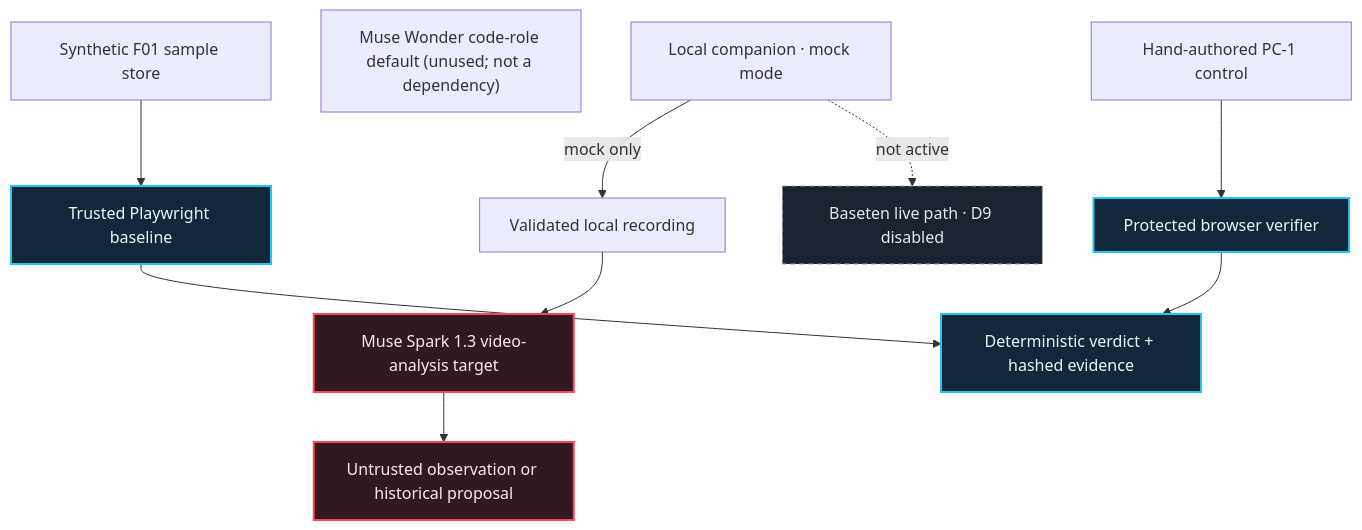
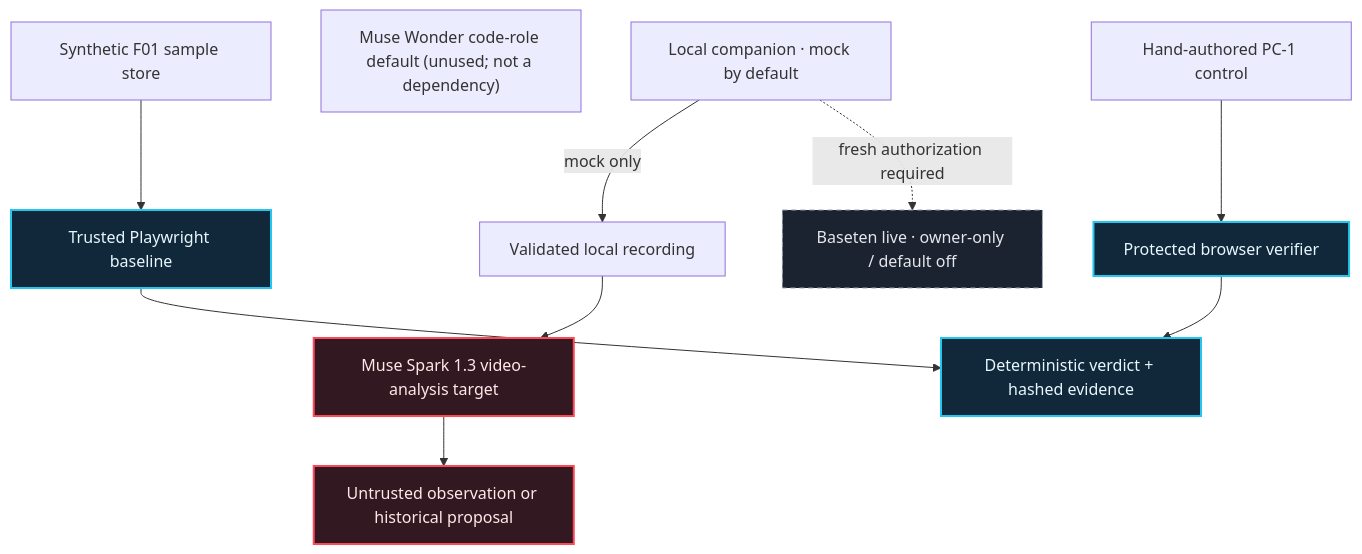
The diagram in README.md (mrdzyn/proofpilot-ai), drawn with Mermaid before and after one commit. The commit also changed other lines of this file, not shown here.

Commit message:
docs: correct Baseten evidence and add honest demo instructions

````diff
--- a/README.md
+++ b/README.md
@@ -73,27 +73,27 @@
 ```mermaid
 flowchart TB
     F["Synthetic F01 sample store"]
     O["Trusted Playwright baseline"]
     V["Validated local recording"]
     S["Muse Spark 1.3 video-analysis target"]
     H["Untrusted observation or historical proposal"]
     W["Muse Wonder code-role default (unused; not a dependency)"]
     C["Hand-authored PC-1 control"]
     R["Protected browser verifier"]
     E["Deterministic verdict + hashed evidence"]
-    L["Local companion · mock mode"]
-    B["Baseten live path · D9 disabled"]
+    L["Local companion · mock by default"]
+    B["Baseten live · owner-only / default off"]
 
     F --> O --> E
     V --> S --> H
     C --> R --> E
     L -->|"mock only"| V
-    L -. "not active" .-> B
+    L -. "fresh authorization required" .-> B
 
     classDef trusted fill:#10283a,color:#e8f7ff,stroke:#22c6f0,stroke-width:2px
     classDef untrusted fill:#311821,color:#ffe8e8,stroke:#ff4757,stroke-width:2px
     classDef gated fill:#1b2230,color:#e5e7eb,stroke:#94a3b8,stroke-dasharray:5 4
     class O,R,E trusted
     class S,H untrusted
     class B gated
 ```
````
